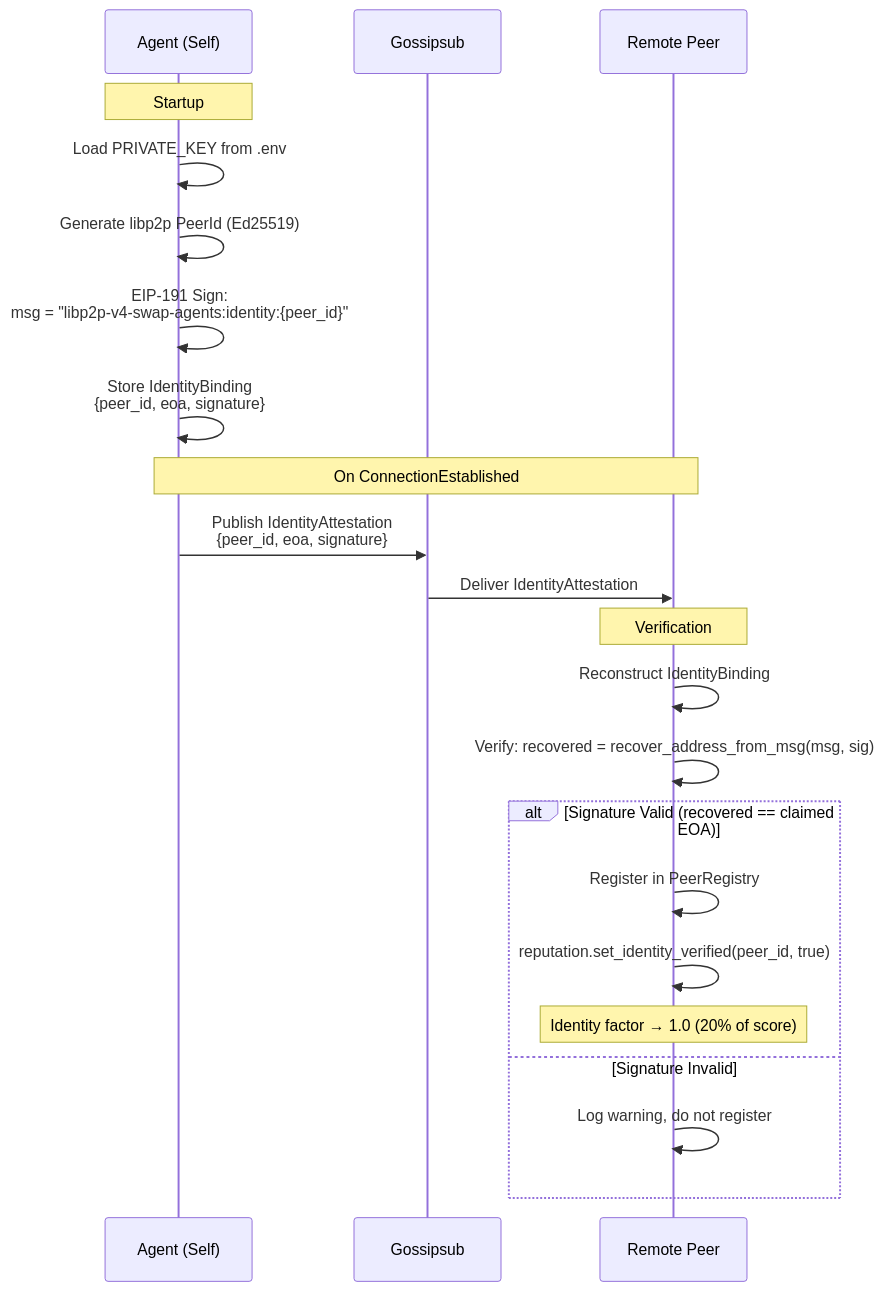
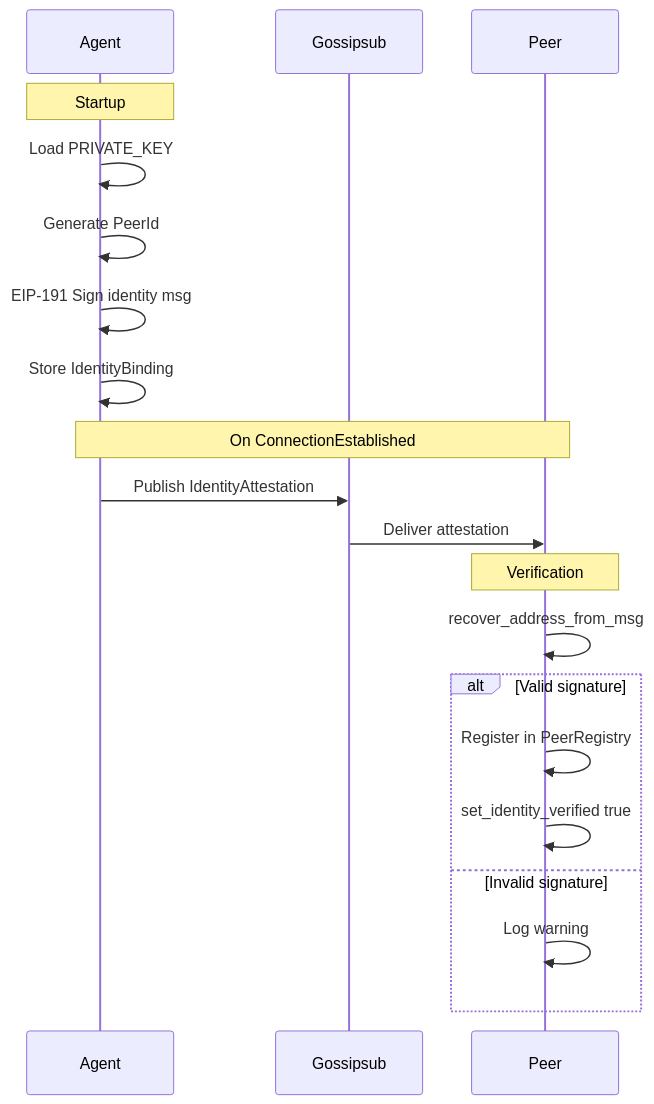
The ninth of 12 diagrams in documentation/architecture.md (Patrick-Ehimen/libp2p-v4-swap-agents), drawn with Mermaid before and after one commit. The commit also changed other lines of this file, not shown here.

First line of the commit message:
fix: simplify Mermaid diagrams for GitHub rendering

````diff
--- a/documentation/architecture.md
+++ b/documentation/architecture.md
@@ -312,28 +205,26 @@
 ```mermaid
 sequenceDiagram
-    participant Agent as Agent (Self)
+    participant Agent
     participant GS as Gossipsub
-    participant Peer as Remote Peer
+    participant Peer
 
     Note over Agent: Startup
-    Agent->>Agent: Load PRIVATE_KEY from .env
-    Agent->>Agent: Generate libp2p PeerId (Ed25519)
-    Agent->>Agent: EIP-191 Sign:<br/>msg = "libp2p-v4-swap-agents:identity:{peer_id}"
-    Agent->>Agent: Store IdentityBinding<br/>{peer_id, eoa, signature}
+    Agent->>Agent: Load PRIVATE_KEY
+    Agent->>Agent: Generate PeerId
+    Agent->>Agent: EIP-191 Sign identity msg
+    Agent->>Agent: Store IdentityBinding
 
     Note over Agent,Peer: On ConnectionEstablished
-    Agent->>GS: Publish IdentityAttestation<br/>{peer_id, eoa, signature}
-    GS->>Peer: Deliver IdentityAttestation
+    Agent->>GS: Publish IdentityAttestation
+    GS->>Peer: Deliver attestation
 
     Note over Peer: Verification
-    Peer->>Peer: Reconstruct IdentityBinding
-    Peer->>Peer: Verify: recovered = recover_address_from_msg(msg, sig)
+    Peer->>Peer: recover_address_from_msg
 
-    alt Signature Valid (recovered == claimed EOA)
+    alt Valid signature
         Peer->>Peer: Register in PeerRegistry
-        Peer->>Peer: reputation.set_identity_verified(peer_id, true)
-        Note over Peer: Identity factor → 1.0 (20% of score)
-    else Signature Invalid
-        Peer->>Peer: Log warning, do not register
+        Peer->>Peer: set_identity_verified true
+    else Invalid signature
+        Peer->>Peer: Log warning
     end
 ```
````
